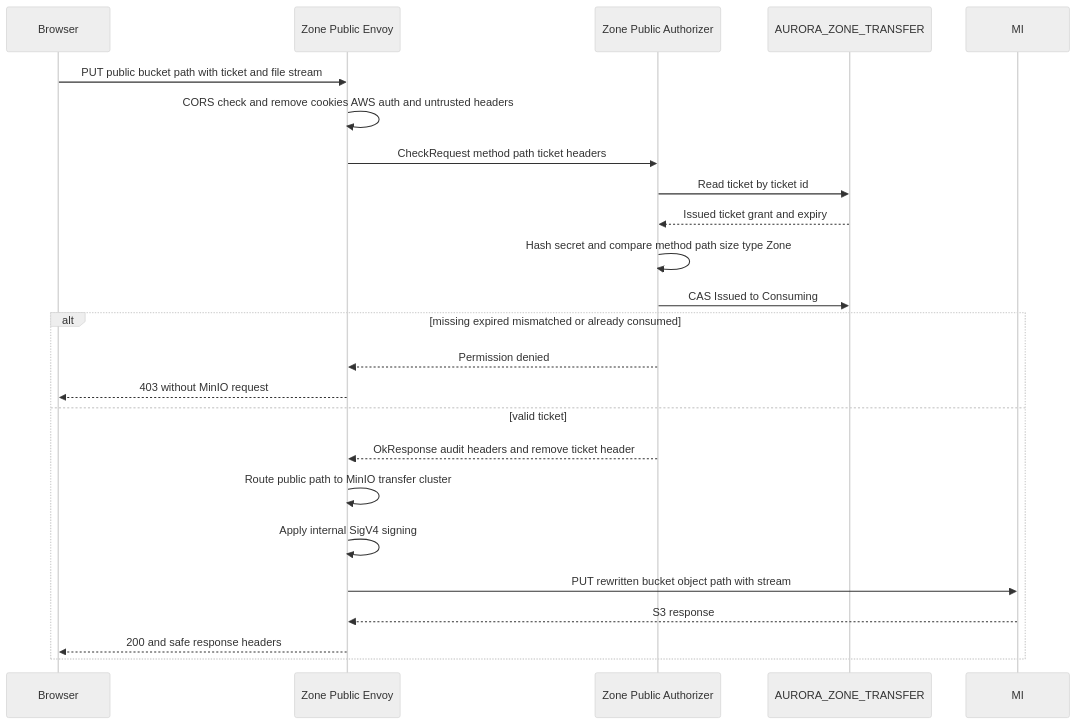
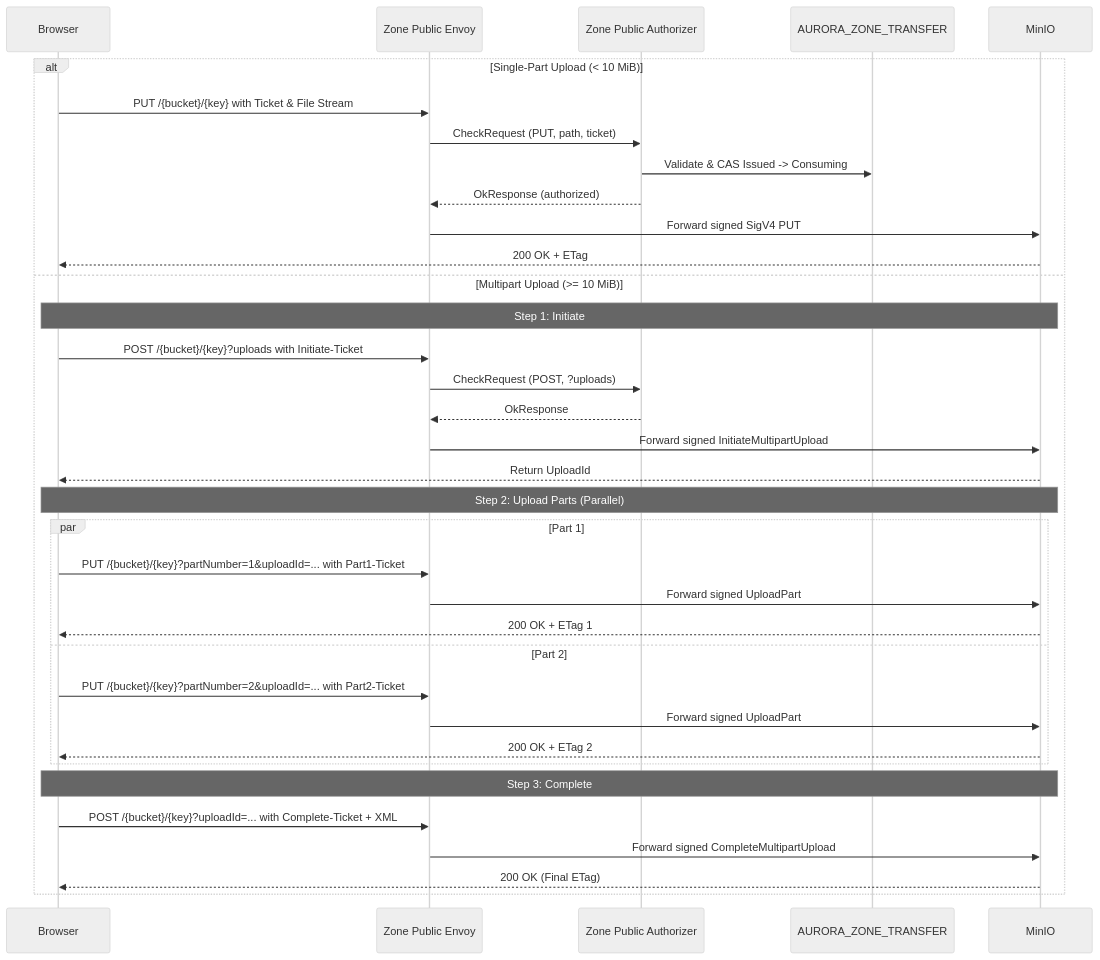
Before and after one commit to phucle996/aurora: the first of 2 diagrams in god_view/storage/personal_storage_browser_upload_god_view_workflow.md, drawn with Mermaid (neutral theme). The commit also changed other lines of this file and 43 other files, not shown here.

````diff
--- a/god_view/storage/personal_storage_browser_upload_god_view_workflow.md
+++ b/god_view/storage/personal_storage_browser_upload_god_view_workflow.md
@@ -62,26 +93,40 @@
-~~~mermaid
+```mermaid
 sequenceDiagram
     participant B as Browser
     participant PE as Zone Public Envoy
     participant PA as Zone Public Authorizer
     participant TV as AURORA_ZONE_TRANSFER
+    participant MI as MinIO
 
-    B->>PE: PUT public bucket path with ticket and file stream
-    PE->>PE: CORS check and remove cookies AWS auth and untrusted headers
-    PE->>PA: CheckRequest method path ticket headers
-    PA->>TV: Read ticket by ticket id
-    TV-->>PA: Issued ticket grant and expiry
-    PA->>PA: Hash secret and compare method path size type Zone
-    PA->>TV: CAS Issued to Consuming
-    alt missing expired mismatched or already consumed
-        PA-->>PE: Permission denied
-        PE-->>B: 403 without MinIO request
-    else valid ticket
-        PA-->>PE: OkResponse audit headers and remove ticket header
-        PE->>PE: Route public path to MinIO transfer cluster
-        PE->>PE: Apply internal SigV4 signing
-        PE->>MI: PUT rewritten bucket object path with stream
-        MI-->>PE: S3 response
-        PE-->>B: 200 and safe response headers
+    alt Single-Part Upload (< 10 MiB)
+        B->>PE: PUT /{bucket}/{key} with Ticket & File Stream
+        PE->>PA: CheckRequest (PUT, path, ticket)
+        PA->>TV: Validate & CAS Issued -> Consuming
+        PA-->>PE: OkResponse (authorized)
+        PE->>MI: Forward signed SigV4 PUT
+        MI-->>B: 200 OK + ETag
+    else Multipart Upload (>= 10 MiB)
+        Note over B,MI: Step 1: Initiate
+        B->>PE: POST /{bucket}/{key}?uploads with Initiate-Ticket
+        PE->>PA: CheckRequest (POST, ?uploads)
+        PA-->>PE: OkResponse
+        PE->>MI: Forward signed InitiateMultipartUpload
+        MI-->>B: Return UploadId
+
+        Note over B,MI: Step 2: Upload Parts (Parallel)
+        par Part 1
+            B->>PE: PUT /{bucket}/{key}?partNumber=1&uploadId=... with Part1-Ticket
+            PE->>MI: Forward signed UploadPart #1
+            MI-->>B: 200 OK + ETag 1
+        and Part 2
+            B->>PE: PUT /{bucket}/{key}?partNumber=2&uploadId=... with Part2-Ticket
+            PE->>MI: Forward signed UploadPart #2
+            MI-->>B: 200 OK + ETag 2
+        end
+
+        Note over B,MI: Step 3: Complete
+        B->>PE: POST /{bucket}/{key}?uploadId=... with Complete-Ticket + XML
+        PE->>MI: Forward signed CompleteMultipartUpload
+        MI-->>B: 200 OK (Final ETag)
     end
-~~~
+```
````
